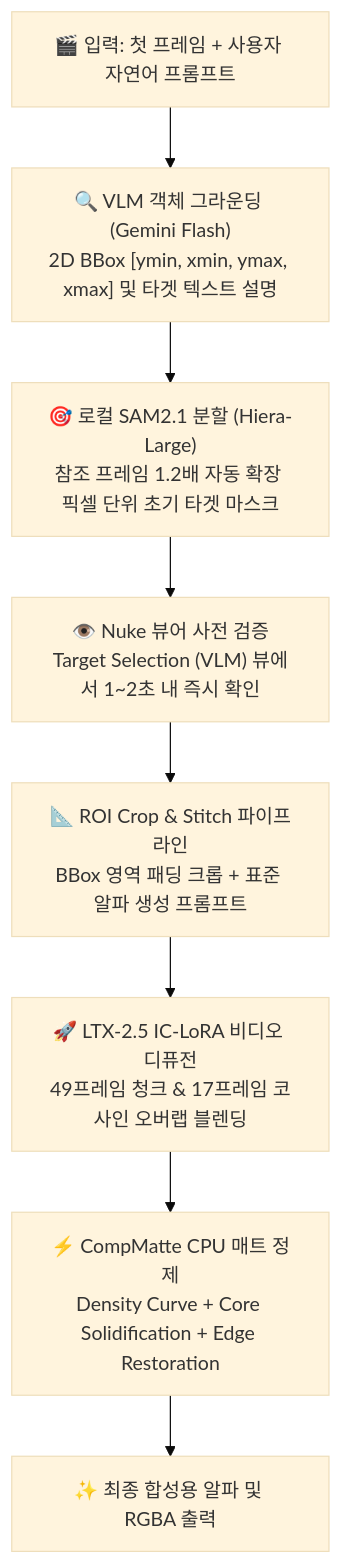
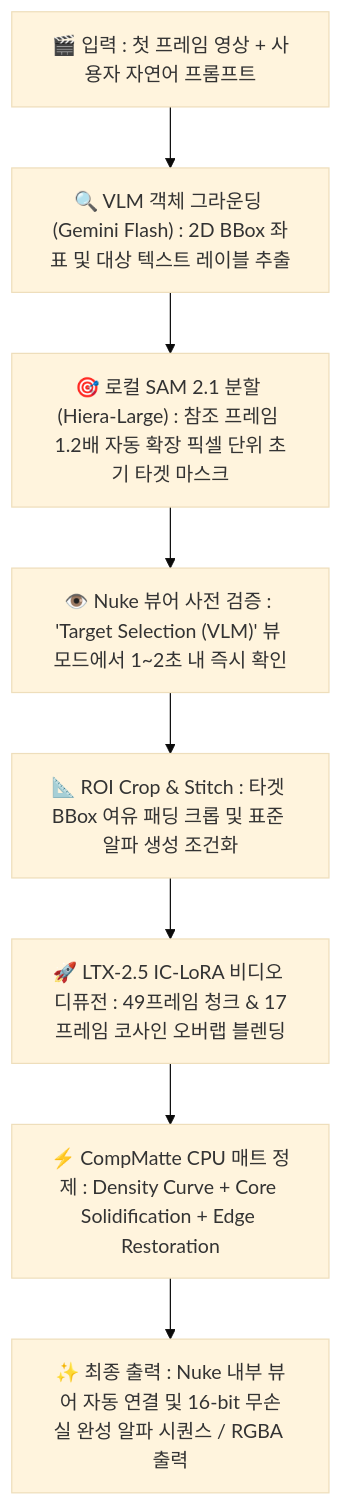
Before and after one commit to Kiwoo0413/AlphaGen: the first of 2 diagrams in README.md, drawn with Mermaid (base theme). The commit also changed other lines of this file, not shown here.

````diff
--- a/README.md
+++ b/README.md
@@ -30,10 +30,10 @@
 ```mermaid
 flowchart TD
-    A["🎬 입력: 첫 프레임 + 사용자 자연어 프롬프트"] --> B["🔍 VLM 객체 그라운딩 (Gemini Flash)<br/>2D BBox [ymin, xmin, ymax, xmax] 및 타겟 텍스트 설명"]
-    B --> C["🎯 로컬 SAM2.1 분할 (Hiera-Large)<br/>참조 프레임 1.2배 자동 확장 픽셀 단위 초기 타겟 마스크"]
-    C --> D["👁️ Nuke 뷰어 사전 검증<br/>Target Selection (VLM) 뷰에서 1~2초 내 즉시 확인"]
-    D --> E["📐 ROI Crop & Stitch 파이프라인<br/>BBox 영역 패딩 크롭 + 표준 알파 생성 프롬프트"]
-    E --> F["🚀 LTX-2.5 IC-LoRA 비디오 디퓨전<br/>49프레임 청크 & 17프레임 코사인 오버랩 블렌딩"]
-    F --> G["⚡ CompMatte CPU 매트 정제<br/>Density Curve + Core Solidification + Edge Restoration"]
-    G --> H["✨ 최종 합성용 알파 및 RGBA 출력"]
+    A["🎬 입력 : 첫 프레임 영상 + 사용자 자연어 프롬프트"] --> B["🔍 VLM 객체 그라운딩 (Gemini Flash) : 2D BBox 좌표 및 대상 텍스트 레이블 추출"]
+    B --> C["🎯 로컬 SAM 2.1 분할 (Hiera-Large) : 참조 프레임 1.2배 자동 확장 픽셀 단위 초기 타겟 마스크"]
+    C --> D["👁️ Nuke 뷰어 사전 검증 : 'Target Selection (VLM)' 뷰 모드에서 1~2초 내 즉시 확인"]
+    D --> E["📐 ROI Crop & Stitch : 타겟 BBox 여유 패딩 크롭 및 표준 알파 생성 조건화"]
+    E --> F["🚀 LTX-2.5 IC-LoRA 비디오 디퓨전 : 49프레임 청크 & 17프레임 코사인 오버랩 블렌딩"]
+    F --> G["⚡ CompMatte CPU 매트 정제 : Density Curve + Core Solidification + Edge Restoration"]
+    G --> H["✨ 최종 출력 : Nuke 내부 뷰어 자동 연결 및 16-bit 무손실 완성 알파 시퀀스 / RGBA 출력"]
 ```
````
